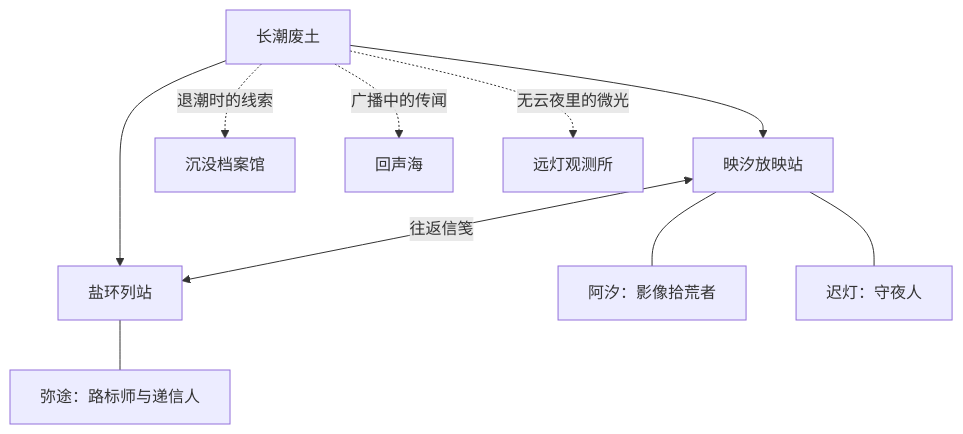
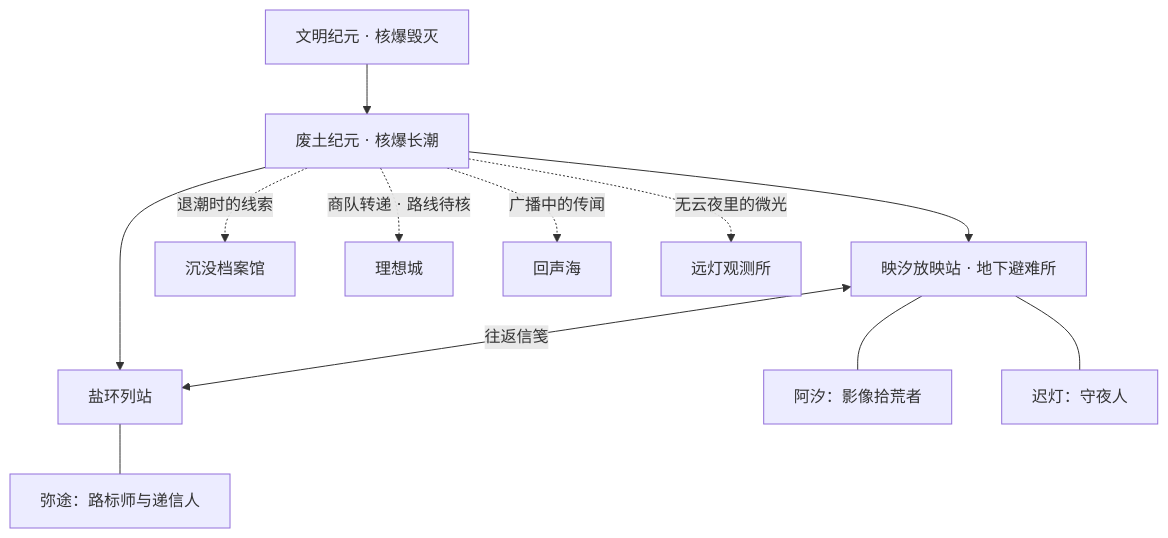
One commit to RoyalLiang/Yingxi-Studio changed the diagram in docs/worldbook.md. Above: the diagram before and after it, drawn with Mermaid. The commit also changed other lines of this file and 22 other files, not shown here.

````diff
--- a/docs/worldbook.md
+++ b/docs/worldbook.md
@@ -100,12 +98,14 @@
 ```mermaid
 graph TD
-    Tide[长潮废土] --> Station[映汐放映站]
+    Era[文明纪元 · 核爆毁灭] --> Tide[废土纪元 · 核爆长潮]
+    Tide --> Station[映汐放映站 · 地下避难所]
     Tide --> Salt[盐环列站]
     Tide -. 退潮时的线索 .-> Archive[沉没档案馆]
+    Tide -. 商队转递 · 路线待核 .-> Ideal[理想城]
     Tide -. 广播中的传闻 .-> Sea[回声海]
     Tide -. 无云夜里的微光 .-> Beacon[远灯观测所]
     Station --- Axi[阿汐：影像拾荒者]
     Station --- Chideng[迟灯：守夜人]
     Salt --- Mitu[弥途：路标师与递信人]
     Station <-- 往返信笺 --> Salt
 ```
````
